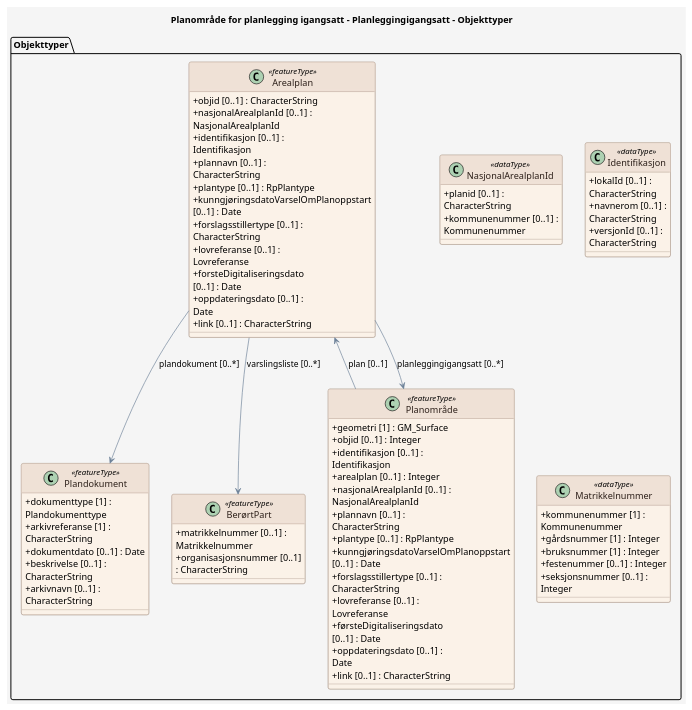
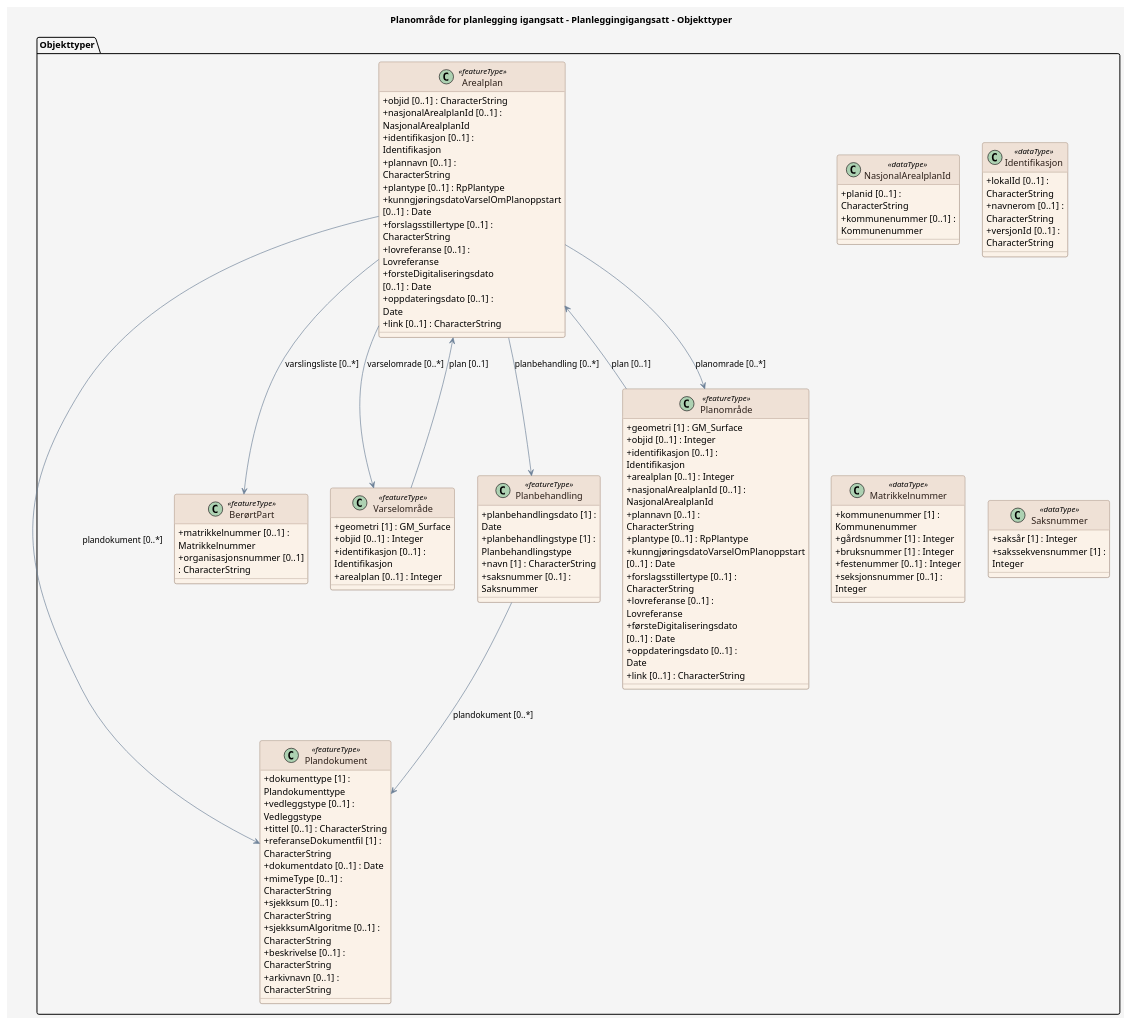
The diagram in produktspesifikasjon/planomrade-for-planlegging-igangsatt/planleggingigangsatt/planleggingigangsatt_feature_catalogue.puml (Arkitektum/produktspesifikasjon_demo), drawn with PlantUML before and after one commit. The commit also changed 15 other files, not shown here.

```diff
--- a/produktspesifikasjon/planomrade-for-planlegging-igangsatt/planleggingigangsatt/planleggingigangsatt_feature_catalogue.puml
+++ b/produktspesifikasjon/planomrade-for-planlegging-igangsatt/planleggingigangsatt/planleggingigangsatt_feature_catalogue.puml
@@ -1,101 +1,129 @@
 @startuml
 ' For wide diagrams, render with: plantuml -DPLANTUML_LIMIT_SIZE=16384 ...
 ' The 'scale max' directive below caps the rendered output to prevent the
 ' default PlantUML 4096px size limit from cropping the diagram.
 scale max 4000*4000
 
 title Planområde for planlegging igangsatt - Planleggingigangsatt - Objekttyper
 
 skinparam backgroundColor #F5F5F5
 skinparam shadowing false
 skinparam RoundCorner 6
 skinparam ArrowColor #6C8198
 skinparam wrapWidth 200
 skinparam class {
   BackgroundColor #FBF2E8
   BorderColor #9C8578
   FontColor #2D201A
   HeaderBackgroundColor #EFE1D6
   HeaderFontColor #2D201A
   AttributeIconSize 0
 }
 skinparam note {
   BackgroundColor #FFFFFF
   BorderColor #6C8198
   FontColor #2D201A
 }
 skinparam stereotypeCBackgroundColor #EAD9CE
 skinparam stereotypeCBorderColor #9C8578
 skinparam stereotypeCFontColor #2D201A
 
 package "Objekttyper" {
 
   class Arealplan <<featureType>> {
     + objid [0..1] : CharacterString
     + nasjonalArealplanId [0..1] : NasjonalArealplanId
     + identifikasjon [0..1] : Identifikasjon
     + plannavn [0..1] : CharacterString
     + plantype [0..1] : RpPlantype
     + kunngjøringsdatoVarselOmPlanoppstart [0..1] : Date
     + forslagsstillertype [0..1] : CharacterString
     + lovreferanse [0..1] : Lovreferanse
     + forsteDigitaliseringsdato [0..1] : Date
     + oppdateringsdato [0..1] : Date
     + link [0..1] : CharacterString
   }
 
   class "Planområde" as Planomr_de <<featureType>> {
     + geometri [1] : GM_Surface
     + objid [0..1] : Integer
     + identifikasjon [0..1] : Identifikasjon
     + arealplan [0..1] : Integer
     + nasjonalArealplanId [0..1] : NasjonalArealplanId
     + plannavn [0..1] : CharacterString
     + plantype [0..1] : RpPlantype
     + kunngjøringsdatoVarselOmPlanoppstart [0..1] : Date
     + forslagsstillertype [0..1] : CharacterString
     + lovreferanse [0..1] : Lovreferanse
     + førsteDigitaliseringsdato [0..1] : Date
     + oppdateringsdato [0..1] : Date
     + link [0..1] : CharacterString
   }
 
+  class "Varselområde" as Varselomr_de <<featureType>> {
+    + geometri [1] : GM_Surface
+    + objid [0..1] : Integer
+    + identifikasjon [0..1] : Identifikasjon
+    + arealplan [0..1] : Integer
+  }
+
   class Plandokument <<featureType>> {
     + dokumenttype [1] : Plandokumenttype
-    + arkivreferanse [1] : CharacterString
+    + vedleggstype [0..1] : Vedleggstype
+    + tittel [0..1] : CharacterString
+    + referanseDokumentfil [1] : CharacterString
     + dokumentdato [0..1] : Date
+    + mimeType [0..1] : CharacterString
+    + sjekksum [0..1] : CharacterString
+    + sjekksumAlgoritme [0..1] : CharacterString
     + beskrivelse [0..1] : CharacterString
     + arkivnavn [0..1] : CharacterString
   }
 
   class "BerørtPart" as Ber_rtPart <<featureType>> {
     + matrikkelnummer [0..1] : Matrikkelnummer
     + organisasjonsnummer [0..1] : CharacterString
+  }
+
+  class Planbehandling <<featureType>> {
+    + planbehandlingsdato [1] : Date
+    + planbehandlingstype [1] : Planbehandlingstype
+    + navn [1] : CharacterString
+    + saksnummer [0..1] : Saksnummer
   }
 
   class NasjonalArealplanId <<dataType>> {
     + planid [0..1] : CharacterString
     + kommunenummer [0..1] : Kommunenummer
   }
 
   class Identifikasjon <<dataType>> {
     + lokalId [0..1] : CharacterString
     + navnerom [0..1] : CharacterString
     + versjonId [0..1] : CharacterString
   }
 
   class Matrikkelnummer <<dataType>> {
     + kommunenummer [1] : Kommunenummer
     + gårdsnummer [1] : Integer
     + bruksnummer [1] : Integer
     + festenummer [0..1] : Integer
     + seksjonsnummer [0..1] : Integer
   }
+
+  class Saksnummer <<dataType>> {
+    + saksår [1] : Integer
+    + sakssekvensnummer [1] : Integer
+  }
 }
 
-  Arealplan --> Planomr_de : planleggingigangsatt [0..*]
+  Arealplan --> Planomr_de : planomrade [0..*]
+  Arealplan --> Varselomr_de : varselomrade [0..*]
   Arealplan --> Plandokument : plandokument [0..*]
   Arealplan --> Ber_rtPart : varslingsliste [0..*]
+  Arealplan --> Planbehandling : planbehandling [0..*]
   Planomr_de --> Arealplan : plan [0..1]
+  Varselomr_de --> Arealplan : plan [0..1]
+  Planbehandling --> Plandokument : plandokument [0..*]
 
 @enduml
```
